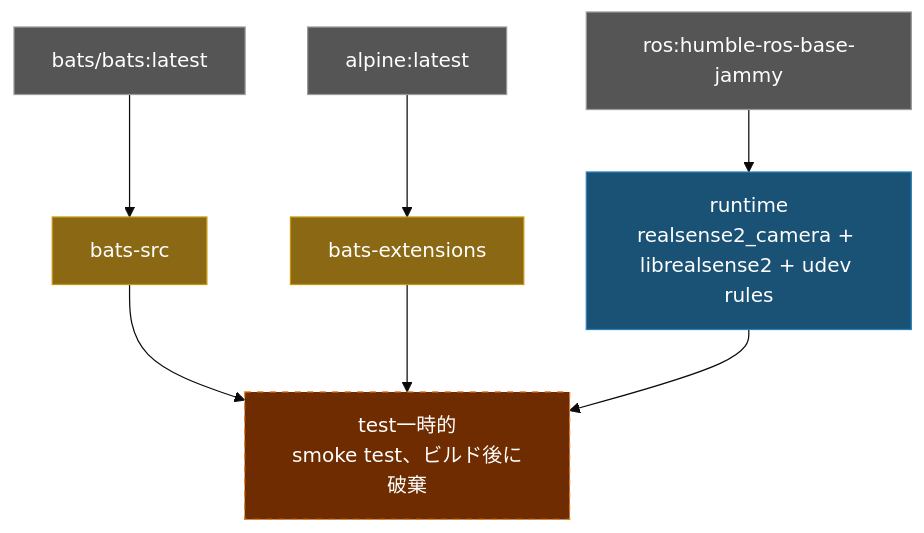
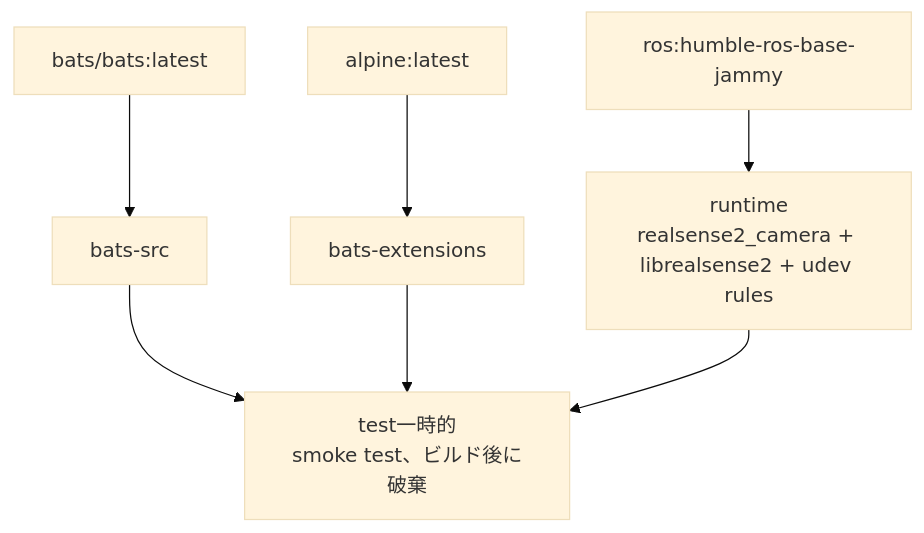
Before and after one commit to ycpss91255-docker/realsense_humble: the diagram in doc/README.ja.md, drawn with Mermaid (base theme). The commit also changed 3 other files, not shown here.

Commit message:
docs: remove mermaid background colors from architecture diagrams (#15)

````diff
--- a/doc/README.ja.md
+++ b/doc/README.ja.md
@@ -88,20 +88,16 @@
 ```mermaid
 graph TD
-    EXT1["bats/bats:latest"]:::external
-    EXT2["alpine:latest"]:::external
-    EXT3["ros:humble-ros-base-jammy"]:::external
+    EXT1["bats/bats:latest"]
+    EXT2["alpine:latest"]
+    EXT3["ros:humble-ros-base-jammy"]
 
-    EXT1 --> bats-src["bats-src"]:::tool
-    EXT2 --> bats-ext["bats-extensions"]:::tool
+    EXT1 --> bats-src["bats-src"]
+    EXT2 --> bats-ext["bats-extensions"]
 
-    EXT3 --> runtime["runtime\nrealsense2_camera + librealsense2 + udev rules"]:::stage
+    EXT3 --> runtime["runtime\nrealsense2_camera + librealsense2 + udev rules"]
 
-    bats-src --> test["test一時的\nsmoke test、ビルド後に破棄"]:::ephemeral
+    bats-src --> test["test一時的\nsmoke test、ビルド後に破棄"]
     bats-ext --> test
     runtime --> test
 
-    classDef external fill:#555,color:#fff,stroke:#999
-    classDef tool fill:#8B6914,color:#fff,stroke:#c8960c
-    classDef stage fill:#1a5276,color:#fff,stroke:#2980b9
-    classDef ephemeral fill:#6e2c00,color:#fff,stroke:#e67e22,stroke-dasharray:5 5
 ```
````
